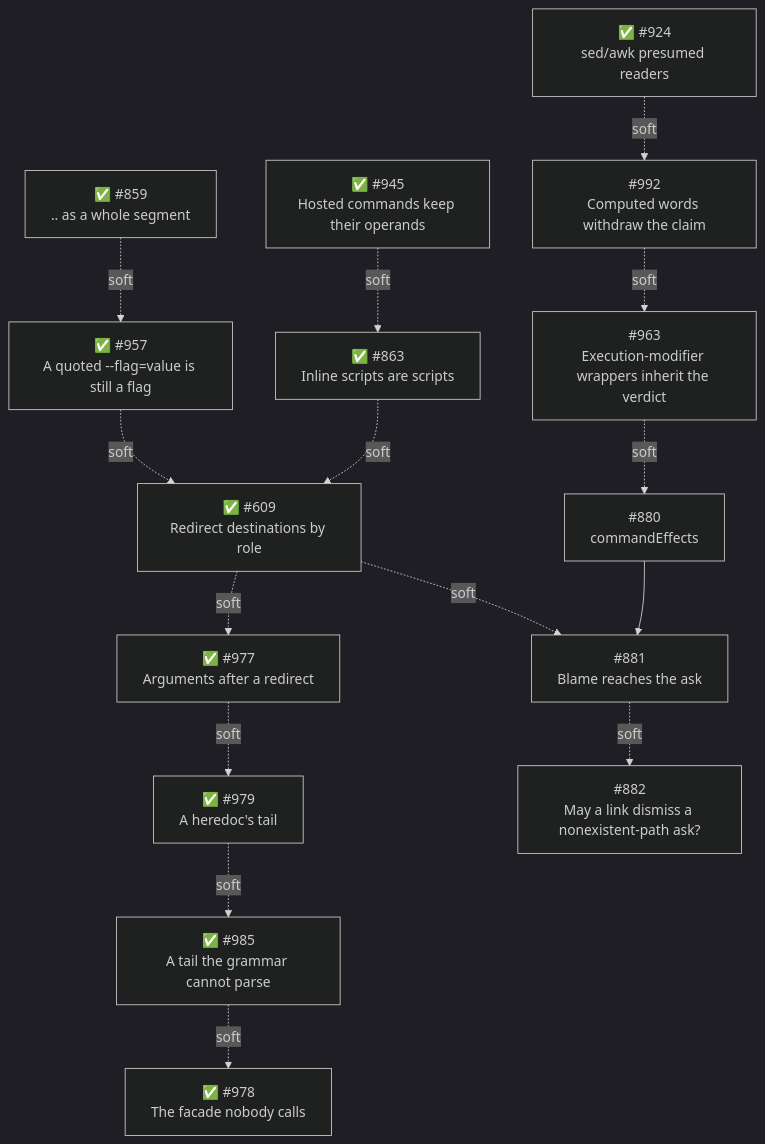
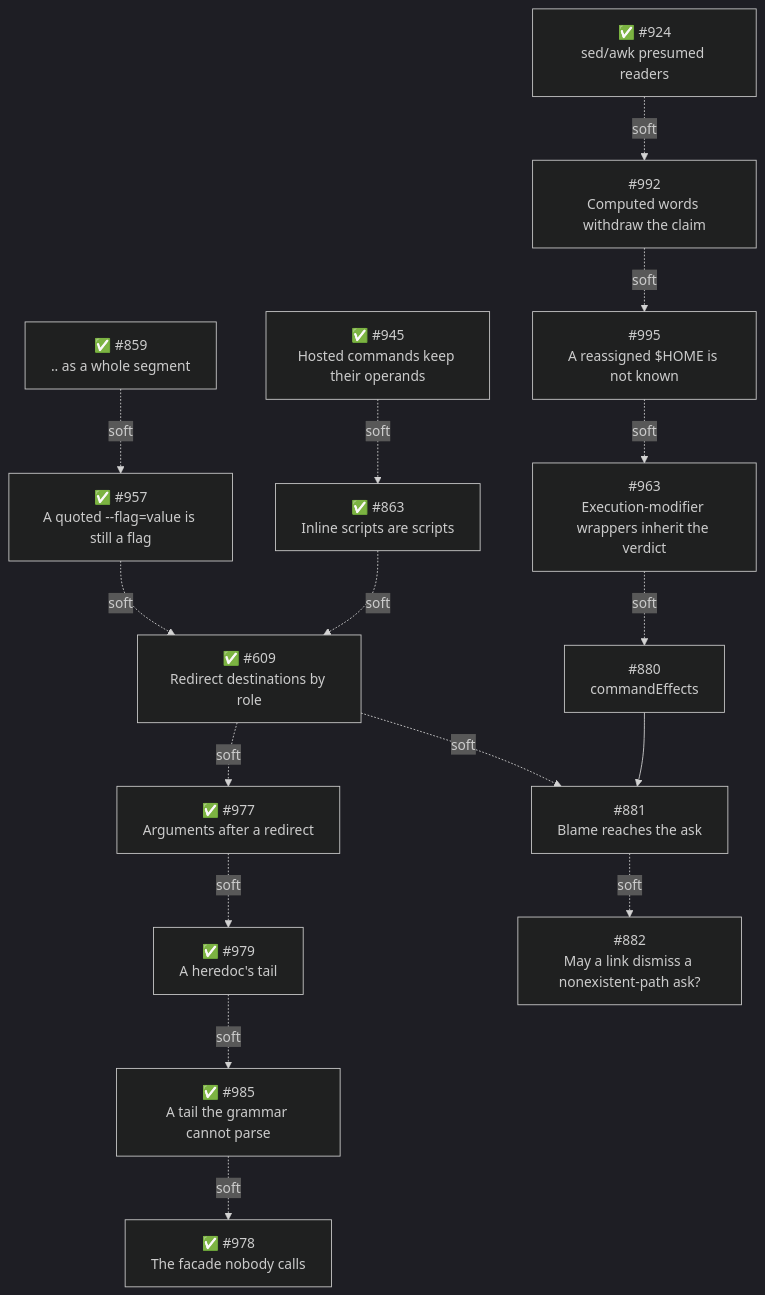
One commit to 44madfire/pi-packages changed the fourth of 4 diagrams in packages/pi-permission-system/docs/architecture/architecture.md. Above: the diagram before and after it, drawn with Mermaid (dark theme). The commit also changed other lines of this file, not shown here.

````diff
--- a/packages/pi-permission-system/docs/architecture/architecture.md
+++ b/packages/pi-permission-system/docs/architecture/architecture.md
@@ -1627,17 +1642,18 @@
 ```mermaid
 flowchart TD
     S945["✅ #945<br/>Hosted commands keep their operands"] -.soft.-> S863["✅ #863<br/>Inline scripts are scripts"]
     S863 -.soft.-> S609["✅ #609<br/>Redirect destinations by role"]
     S859["✅ #859<br/>.. as a whole segment"] -.soft.-> S957["✅ #957<br/>A quoted --flag=value is still a flag"]
     S957 -.soft.-> S609
     S924["✅ #924<br/>sed/awk presumed readers"] -.soft.-> S992["#992<br/>Computed words withdraw the claim"]
-    S992 -.soft.-> S963["#963<br/>Execution-modifier wrappers inherit the verdict"]
+    S992 -.soft.-> S995["#995<br/>A reassigned $HOME is not known"]
+    S995 -.soft.-> S963["#963<br/>Execution-modifier wrappers inherit the verdict"]
     S963 -.soft.-> S880["#880<br/>commandEffects"]
     S880 --> S881["#881<br/>Blame reaches the ask"]
     S609 -.soft.-> S881
     S609 -.soft.-> S977["✅ #977<br/>Arguments after a redirect"]
     S977 -.soft.-> S979["✅ #979<br/>A heredoc's tail"]
     S979 -.soft.-> S985["✅ #985<br/>A tail the grammar cannot parse"]
     S985 -.soft.-> S978["✅ #978<br/>The facade nobody calls"]
     S881 -.soft.-> S882["#882<br/>May a link dismiss a nonexistent-path ask?"]
 ```
````
